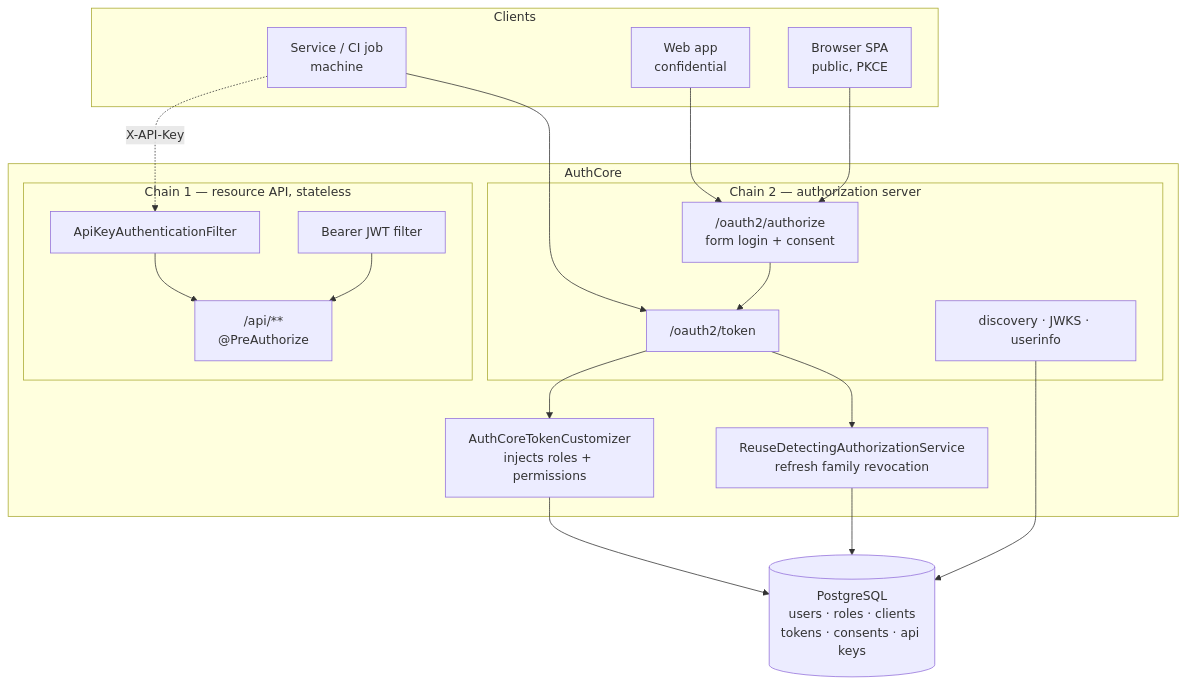
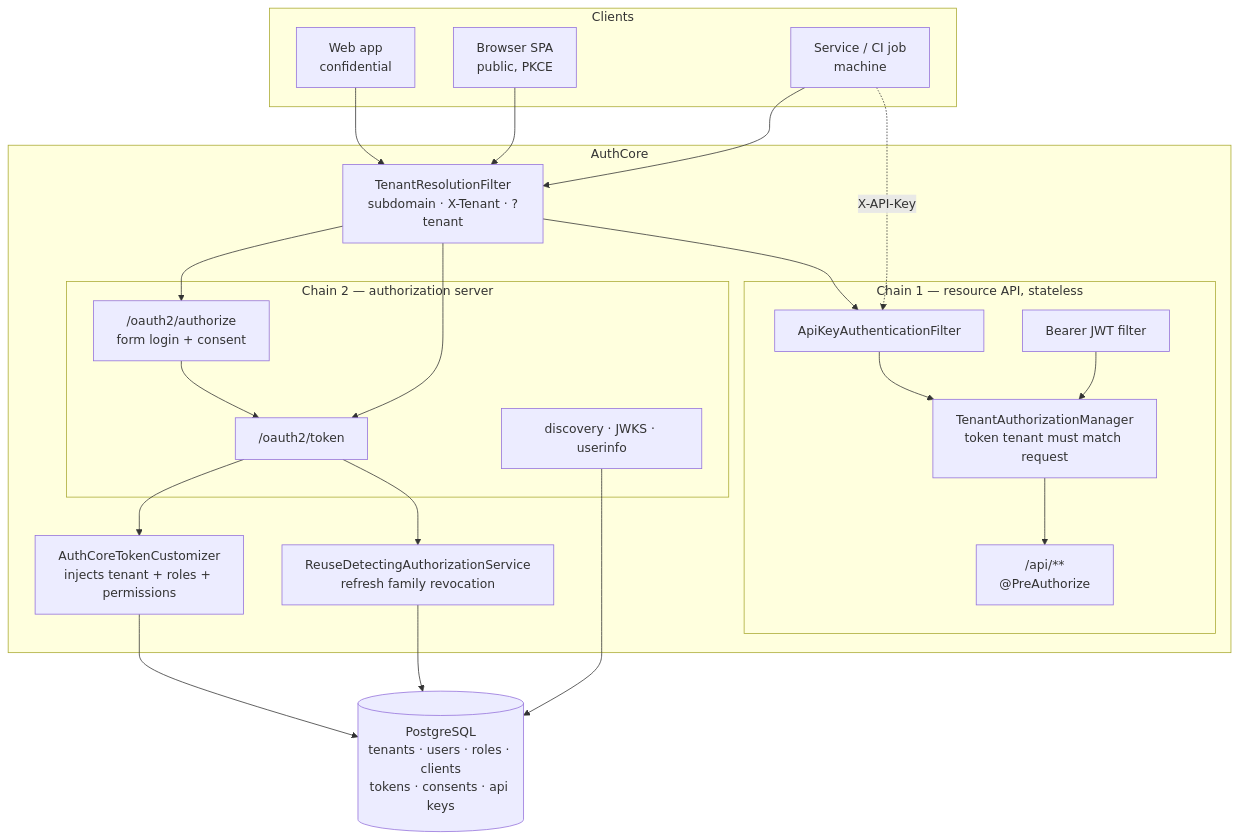
One commit to ezat141/authcore changed the first of 2 diagrams in README.md. Above: the diagram before and after it, drawn with Mermaid. The commit also changed other lines of this file, not shown here.

````diff
--- a/README.md
+++ b/README.md
@@ -72,38 +73,44 @@
 ```mermaid
 graph TB
     subgraph Clients
         WEB["Web app<br/>confidential"]
         SPA["Browser SPA<br/>public, PKCE"]
         SVC["Service / CI job<br/>machine"]
     end
 
     subgraph AuthCore
+        TENANT["TenantResolutionFilter<br/>subdomain · X-Tenant · ?tenant"]
         subgraph "Chain 2 — authorization server"
             AUTHZ["/oauth2/authorize<br/>form login + consent"]
             TOKEN["/oauth2/token"]
             OIDC["discovery · JWKS · userinfo"]
         end
         subgraph "Chain 1 — resource API, stateless"
             APIKEY["ApiKeyAuthenticationFilter"]
             BEARER["Bearer JWT filter"]
+            TAM["TenantAuthorizationManager<br/>token tenant must match request"]
             RES["/api/**<br/>@PreAuthorize"]
         end
-        CUSTOM["AuthCoreTokenCustomizer<br/>injects roles + permissions"]
+        CUSTOM["AuthCoreTokenCustomizer<br/>injects tenant + roles + permissions"]
         REUSE["ReuseDetectingAuthorizationService<br/>refresh family revocation"]
     end
 
-    PG[("PostgreSQL<br/>users · roles · clients<br/>tokens · consents · api keys")]
+    PG[("PostgreSQL<br/>tenants · users · roles · clients<br/>tokens · consents · api keys")]
 
-    WEB --> AUTHZ
-    SPA --> AUTHZ
-    SVC --> TOKEN
+    WEB --> TENANT
+    SPA --> TENANT
+    SVC --> TENANT
+    TENANT --> AUTHZ
+    TENANT --> TOKEN
+    TENANT --> APIKEY
     SVC -.->|X-API-Key| APIKEY
     AUTHZ --> TOKEN
     TOKEN --> CUSTOM
     TOKEN --> REUSE
-    APIKEY --> RES
-    BEARER --> RES
+    APIKEY --> TAM
+    BEARER --> TAM
+    TAM --> RES
     CUSTOM --> PG
     REUSE --> PG
     OIDC --> PG
 ```
````
